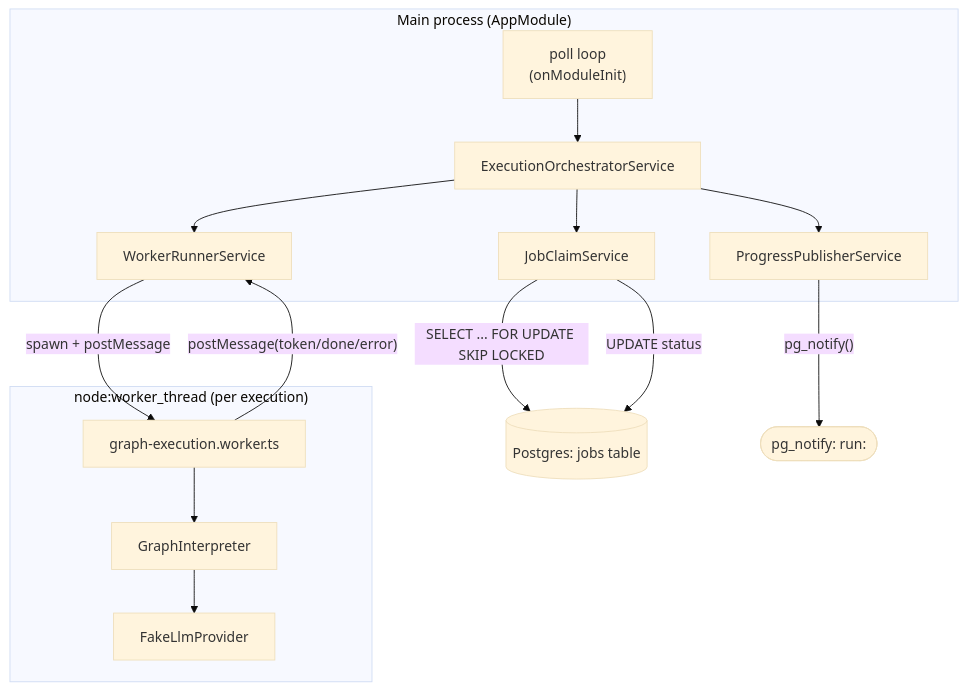
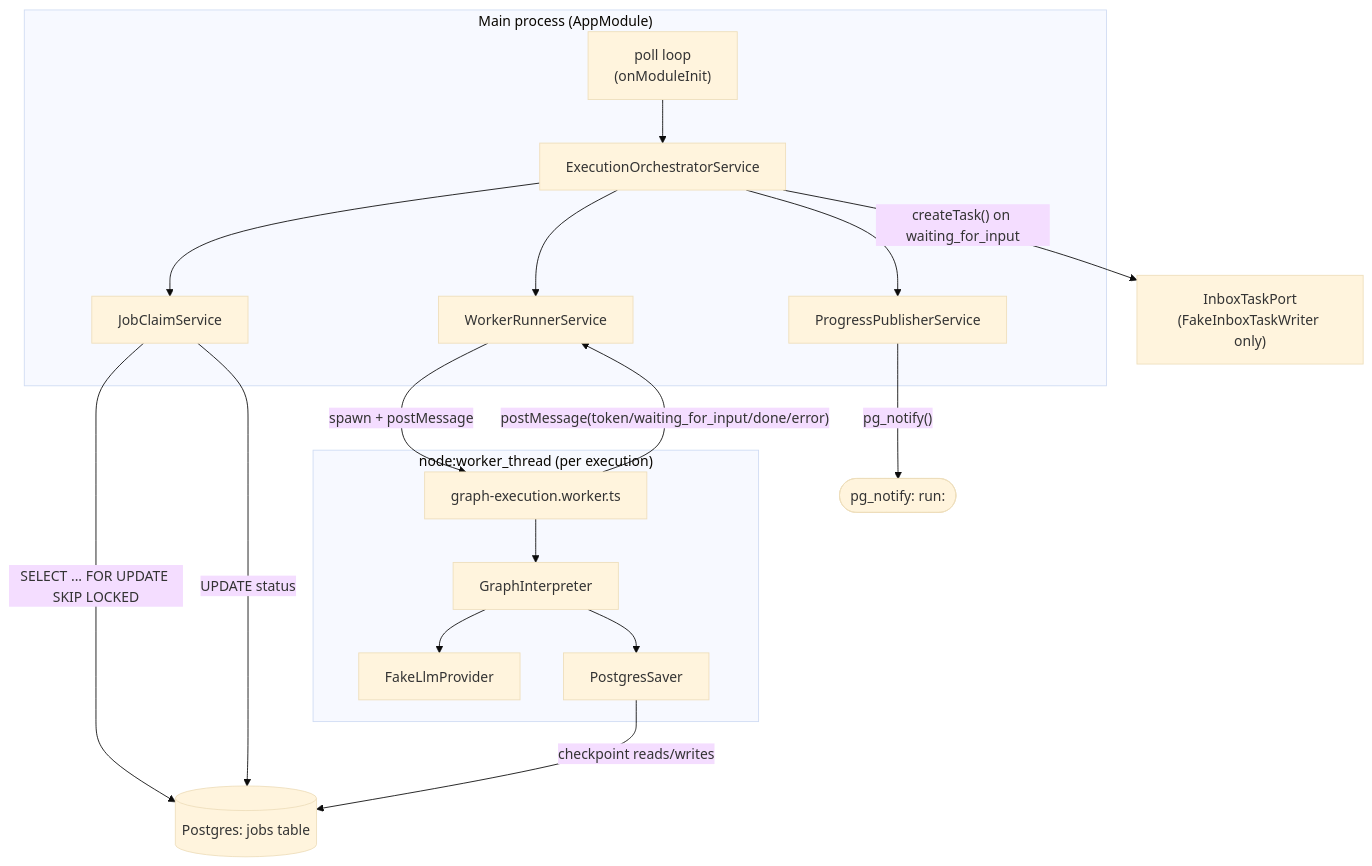
The diagram in docs/architecture/application-architecture.md (TryYourIdeas/flow-engine), drawn with Mermaid (base theme) before and after one commit. The commit also changed other lines of this file and 4 other files, not shown here.

First line of the commit message:
docs: record form-node engine support architecture and follow-ups

````diff
--- a/docs/architecture/application-architecture.md
+++ b/docs/architecture/application-architecture.md
@@ -5,31 +5,36 @@
 ```mermaid
 flowchart TB
     subgraph Main["Main process (AppModule)"]
         Poll["poll loop\n(onModuleInit)"]
         Orch["ExecutionOrchestratorService"]
         Claim["JobClaimService"]
         Runner["WorkerRunnerService"]
         Progress["ProgressPublisherService"]
         Poll --> Orch
         Orch --> Claim
         Orch --> Runner
         Orch --> Progress
     end
 
     subgraph WorkerThread["node:worker_thread (per execution)"]
         WorkerEntry["graph-execution.worker.ts"]
         Interpreter["GraphInterpreter"]
         Fake["FakeLlmProvider"]
+        Checkpointer["PostgresSaver"]
         WorkerEntry --> Interpreter
         Interpreter --> Fake
+        Interpreter --> Checkpointer
     end
 
+    Inbox["InboxTaskPort\n(FakeInboxTaskWriter only)"]
     DB[("Postgres: jobs table")]
     Notify(["pg_notify: run:<jobId>"])
 
     Claim -- "SELECT ... FOR UPDATE SKIP LOCKED" --> DB
     Runner -- "spawn + postMessage" --> WorkerEntry
-    WorkerEntry -- "postMessage(token/done/error)" --> Runner
+    WorkerEntry -- "postMessage(token/waiting_for_input/done/error)" --> Runner
     Progress -- "pg_notify()" --> Notify
     Claim -- "UPDATE status" --> DB
+    Orch -- "createTask() on waiting_for_input" --> Inbox
+    Checkpointer -- "checkpoint reads/writes" --> DB
 ```
````
